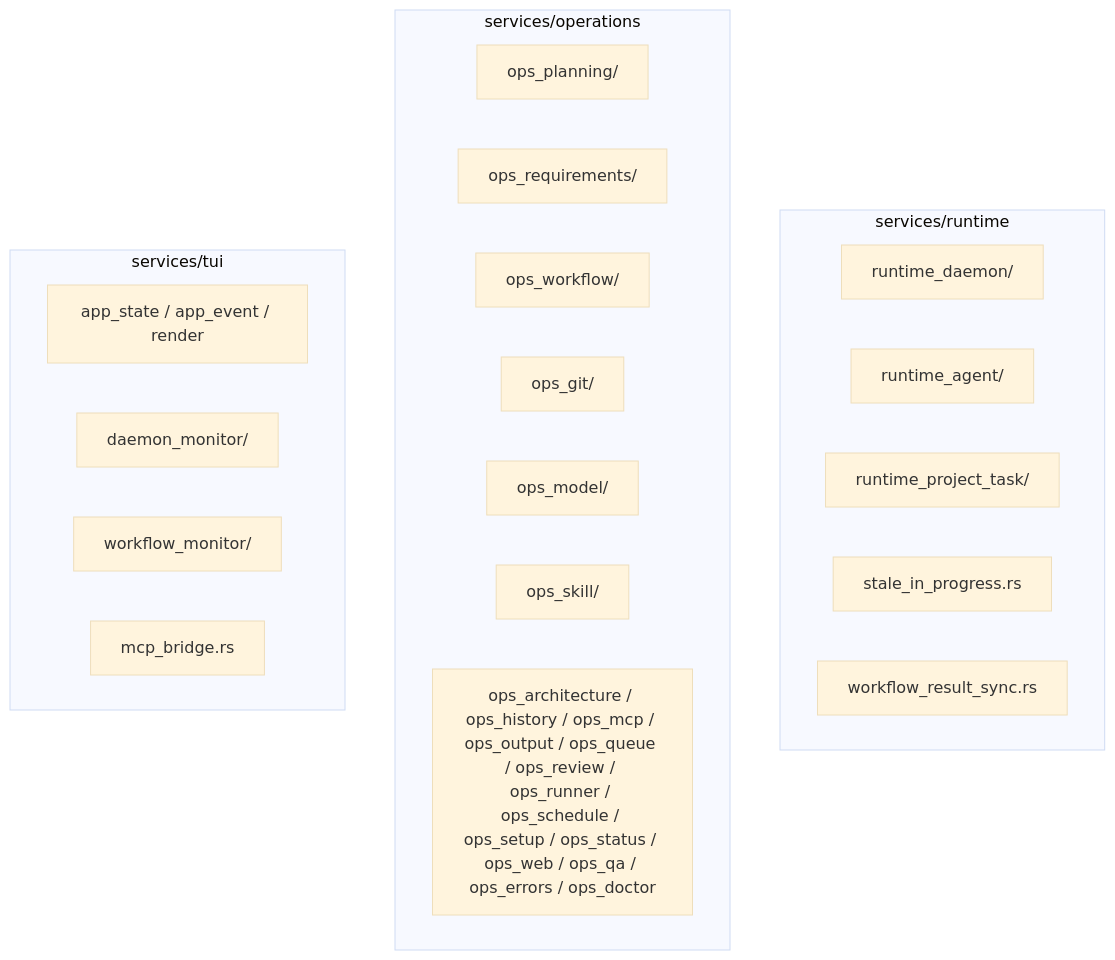
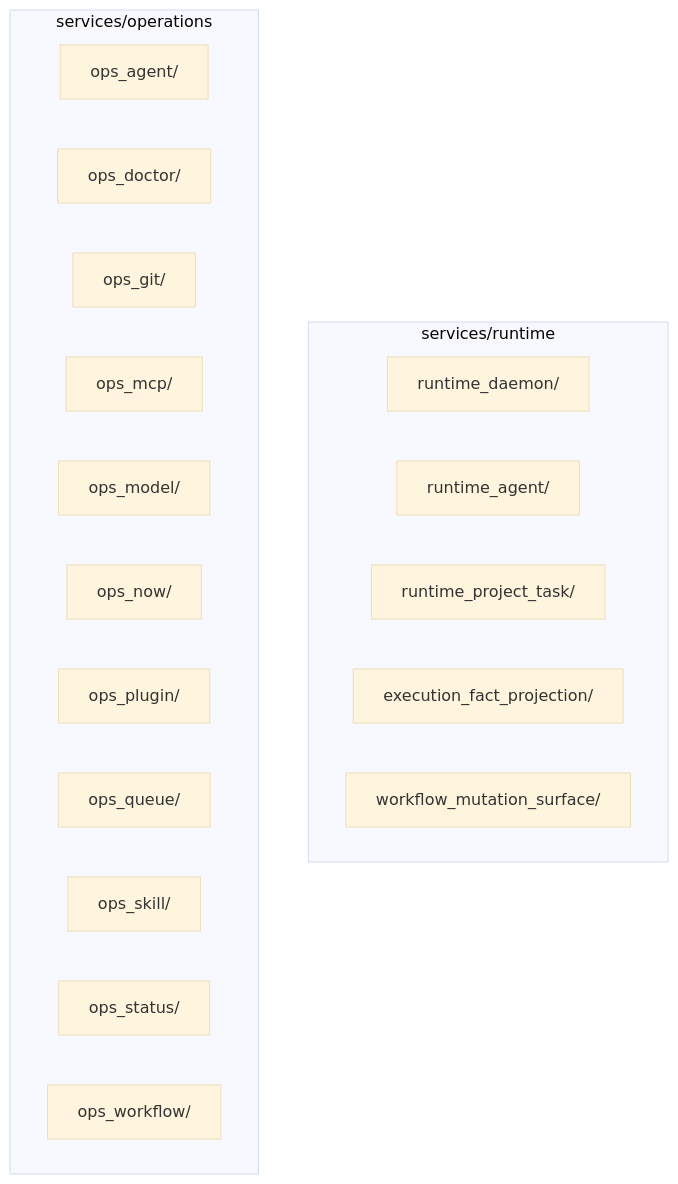
One commit to launchapp-dev/ao-cli changed the second of 2 diagrams in crates/orchestrator-cli/README.md. Above: the diagram before and after it, drawn with Mermaid (base theme). The commit also changed other lines of this file and 2 other files, not shown here.

Commit message:
docs: drop hidden review/qa commands (removed surface) + README/runbook sync from j1 sweep

````diff
--- a/crates/orchestrator-cli/README.md
+++ b/crates/orchestrator-cli/README.md
@@ -39,27 +64,24 @@
 ```mermaid
 graph TD
     subgraph "services/runtime"
         RDAEMON["runtime_daemon/"]
         RAGENT["runtime_agent/"]
-        RPT["runtime_project_task/"]
-        RSTALE["stale_in_progress.rs"]
-        RSYNC["workflow_result_sync.rs"]
+        RPROJECT["runtime_project_task/"]
+        RFACTS["execution_fact_projection/"]
+        RMUT["workflow_mutation_surface/"]
     end
 
     subgraph "services/operations"
-        OPLAN["ops_planning/"]
-        OREQ["ops_requirements/"]
-        OWF["ops_workflow/"]
+        OAGENT["ops_agent/"]
+        ODOCTOR["ops_doctor/"]
         OGIT["ops_git/"]
+        OMCP["ops_mcp/"]
         OMODEL["ops_model/"]
+        ONOW["ops_now/"]
+        OPLUGIN["ops_plugin/"]
+        OQUEUE["ops_queue/"]
         OSKILL["ops_skill/"]
-        OREST["ops_architecture / ops_history / ops_mcp / ops_output / ops_queue / ops_review / ops_runner / ops_schedule / ops_setup / ops_status / ops_web / ops_qa / ops_errors / ops_doctor"]
-    end
-
-    subgraph "services/tui"
-        TAPP["app_state / app_event / render"]
-        TMON["daemon_monitor/"]
-        TWF["workflow_monitor/"]
-        TMCP["mcp_bridge.rs"]
+        OSTATUS["ops_status/"]
+        OWORKFLOW["ops_workflow/"]
     end
 ```
````
